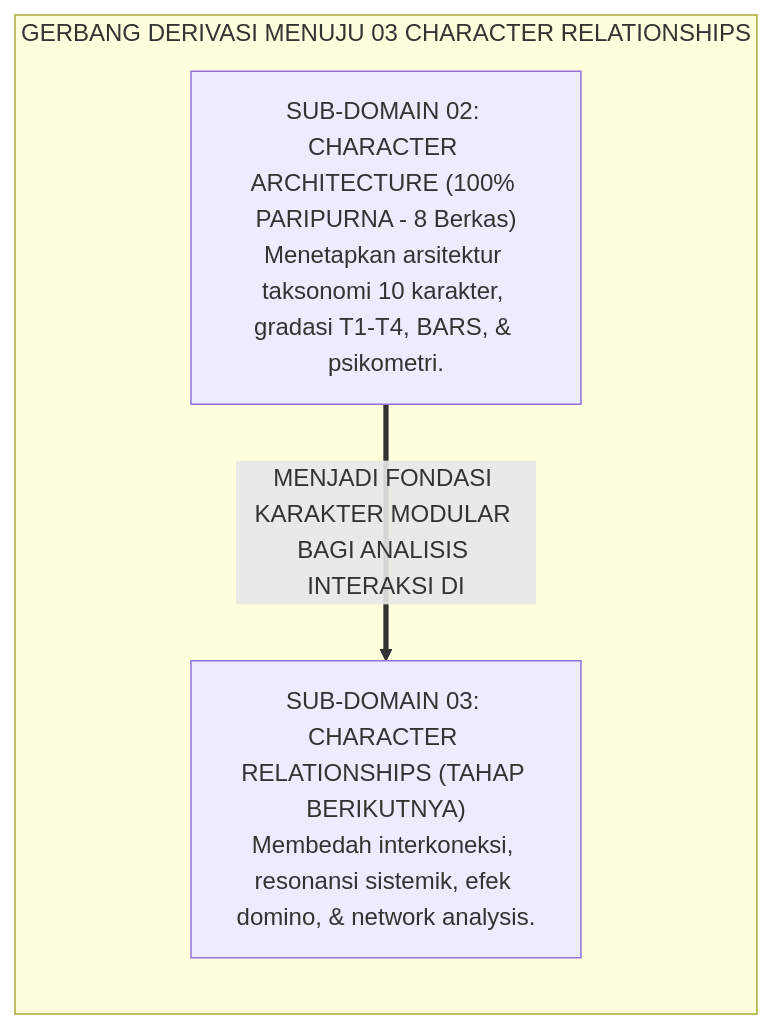
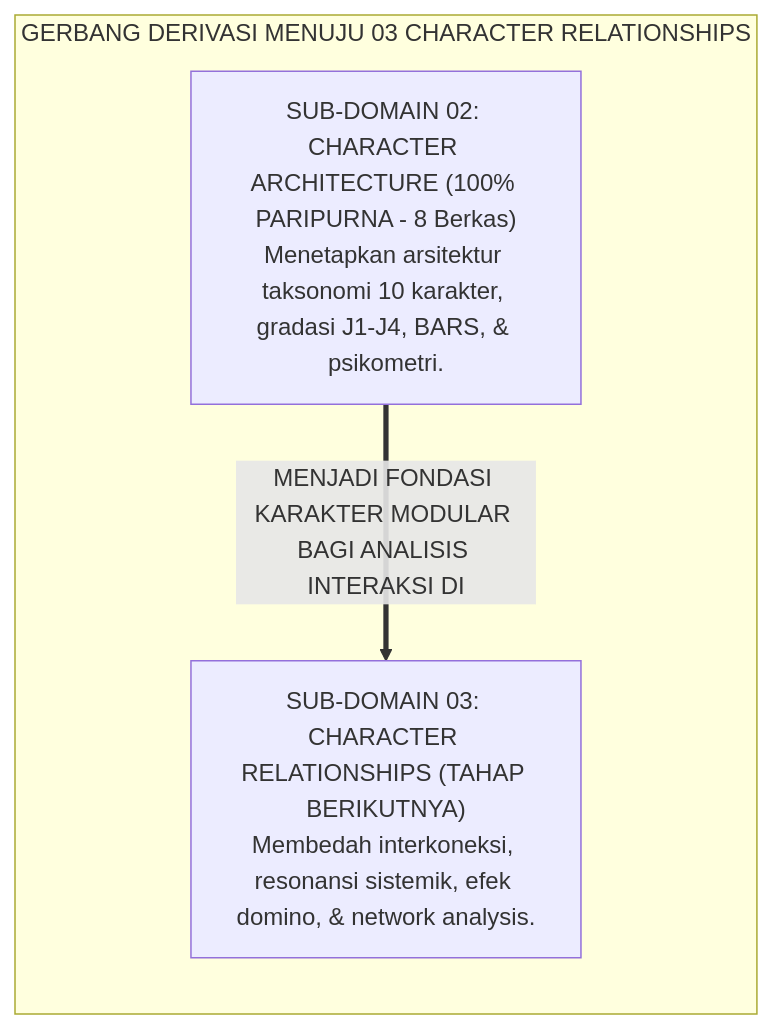
Before and after one commit to wandiapriliyandi/tumbuh: the third of 3 diagrams in 03 Capacity Framework/02 Character Architecture/P3-02-Arsitektur-Karakter-TUMBUH.md, drawn with Mermaid. The commit also changed other lines of this file and 209 other files, not shown here.

````diff
--- a/03 Capacity Framework/02 Character Architecture/P3-02-Arsitektur-Karakter-TUMBUH.md
+++ b/03 Capacity Framework/02 Character Architecture/P3-02-Arsitektur-Karakter-TUMBUH.md
@@ -106,10 +106,10 @@
 ```mermaid
 graph LR
     subgraph PuncakCharacterArchitecture["GERBANG DERIVASI MENUJU 03 CHARACTER RELATIONSHIPS"]
-        SD02_Master["SUB-DOMAIN 02: CHARACTER ARCHITECTURE (100% PARIPURNA - 8 Berkas)<br/>Menetapkan arsitektur taksonomi 10 karakter, gradasi T1-T4, BARS, & psikometri."]
+        SD02_Master["SUB-DOMAIN 02: CHARACTER ARCHITECTURE (100% PARIPURNA - 8 Berkas)<br/>Menetapkan arsitektur taksonomi 10 karakter, gradasi J1-J4, BARS, & psikometri."]
         
         SD03_Master["SUB-DOMAIN 03: CHARACTER RELATIONSHIPS (TAHAP BERIKUTNYA)<br/>Membedah interkoneksi, resonansi sistemik, efek domino, & network analysis."]
         
         SD02_Master ==>|MENJADI FONDASI KARAKTER MODULAR BAGI ANALISIS INTERAKSI DI| SD03_Master
     end
 ```
````
